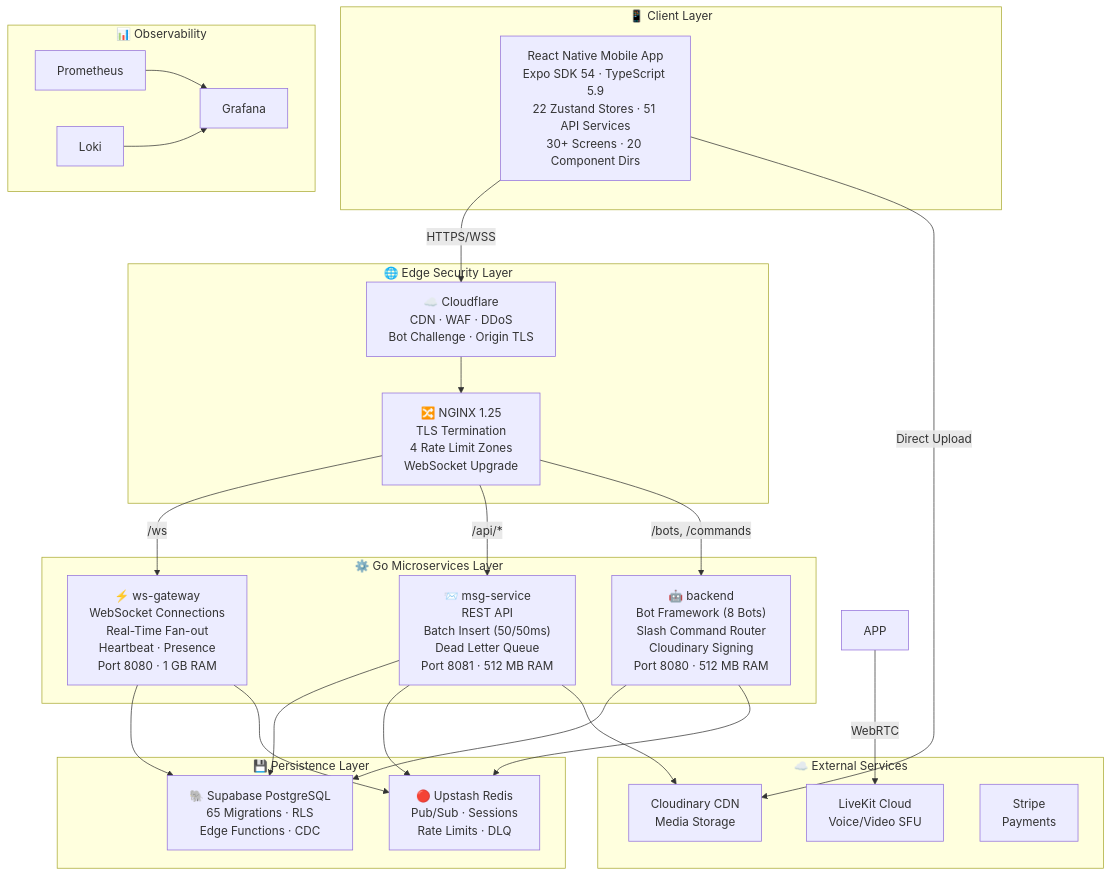
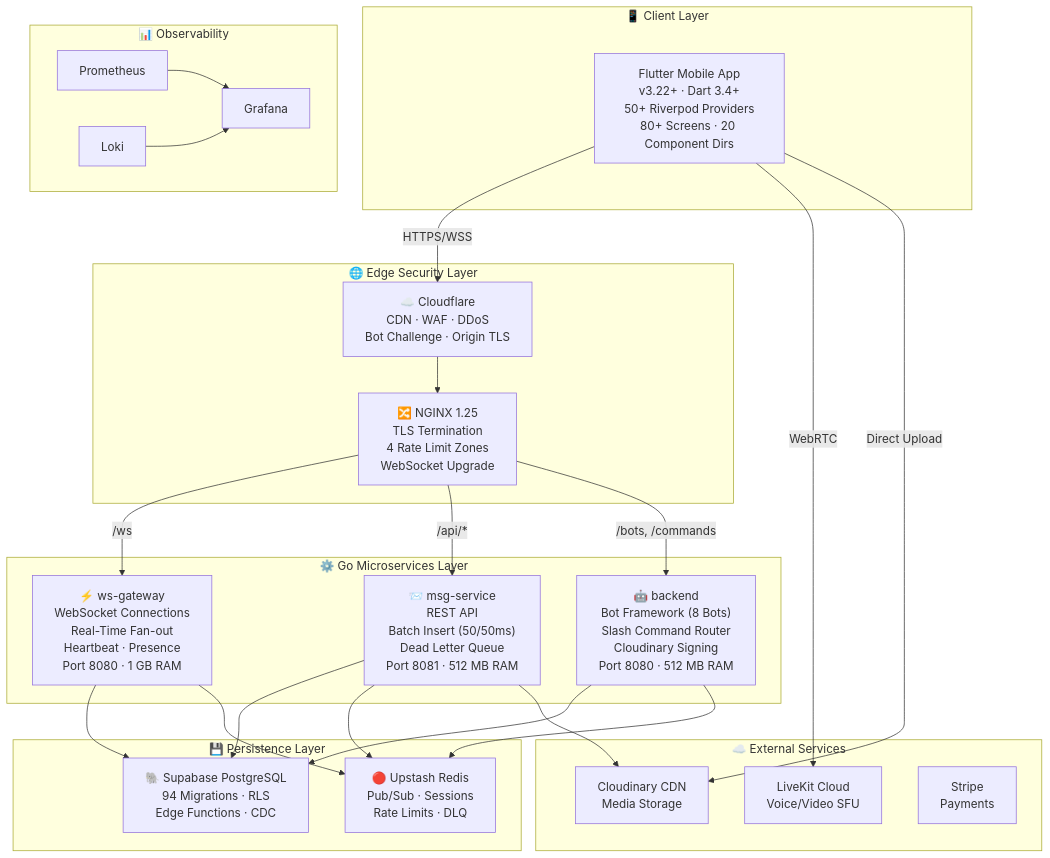
Before and after one commit to Santosh-Prasad-Verma/Flicko: the diagram in docs/README.md, drawn with Mermaid. The commit also changed other lines of this file and 3075 other files, not shown here.

````diff
--- a/docs/README.md
+++ b/docs/README.md
@@ -29,42 +27,42 @@
 ```mermaid
 graph TB
     subgraph Client["📱 Client Layer"]
-        MOBILE["React Native Mobile App<br/>Expo SDK 54 · TypeScript 5.9<br/>22 Zustand Stores · 51 API Services<br/>30+ Screens · 20 Component Dirs"]
+        MOBILE["Flutter Mobile App<br/>v3.22+ · Dart 3.4+<br/>50+ Riverpod Providers<br/>80+ Screens · 20 Component Dirs"]
     end
 
     subgraph Edge["🌐 Edge Security Layer"]
         CF["☁️ Cloudflare<br/>CDN · WAF · DDoS<br/>Bot Challenge · Origin TLS"]
         NGX["🔀 NGINX 1.25<br/>TLS Termination<br/>4 Rate Limit Zones<br/>WebSocket Upgrade"]
     end
 
     subgraph GoServices["⚙️ Go Microservices Layer"]
         WS["⚡ ws-gateway<br/>WebSocket Connections<br/>Real-Time Fan-out<br/>Heartbeat · Presence<br/>Port 8080 · 1 GB RAM"]
         MSG["📨 msg-service<br/>REST API<br/>Batch Insert (50/50ms)<br/>Dead Letter Queue<br/>Port 8081 · 512 MB RAM"]
         BE["🤖 backend<br/>Bot Framework (8 Bots)<br/>Slash Command Router<br/>Cloudinary Signing<br/>Port 8080 · 512 MB RAM"]
     end
 
     subgraph Data["💾 Persistence Layer"]
-        DB["🐘 Supabase PostgreSQL<br/>65 Migrations · RLS<br/>Edge Functions · CDC"]
+        DB["🐘 Supabase PostgreSQL<br/>94 Migrations · RLS<br/>Edge Functions · CDC"]
         REDIS["🔴 Upstash Redis<br/>Pub/Sub · Sessions<br/>Rate Limits · DLQ"]
     end
 
     subgraph External["☁️ External Services"]
         CLOUD["Cloudinary CDN<br/>Media Storage"]
         LK["LiveKit Cloud<br/>Voice/Video SFU"]
         STRIPE["Stripe<br/>Payments"]
     end
 
     subgraph Monitor["📊 Observability"]
         PROM["Prometheus"] --> GRAF["Grafana"]
         LOKI["Loki"] --> GRAF
     end
 
     MOBILE -->|HTTPS/WSS| CF --> NGX
     NGX -->|/ws| WS
     NGX -->|/api/*| MSG
     NGX -->|/bots, /commands| BE
     WS & MSG & BE --> DB & REDIS
     MSG --> CLOUD
-    APP -->|WebRTC| LK
+    MOBILE -->|WebRTC| LK
     MOBILE -->|Direct Upload| CLOUD
 ```
````
